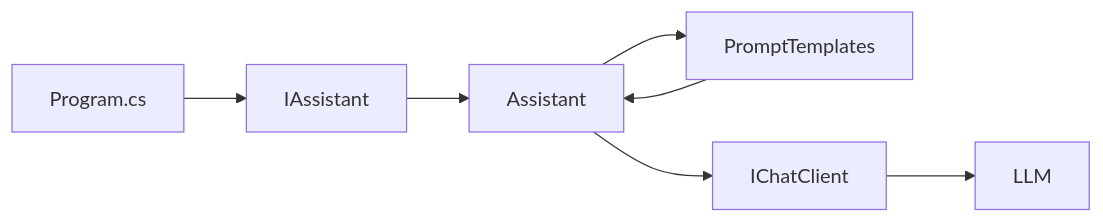
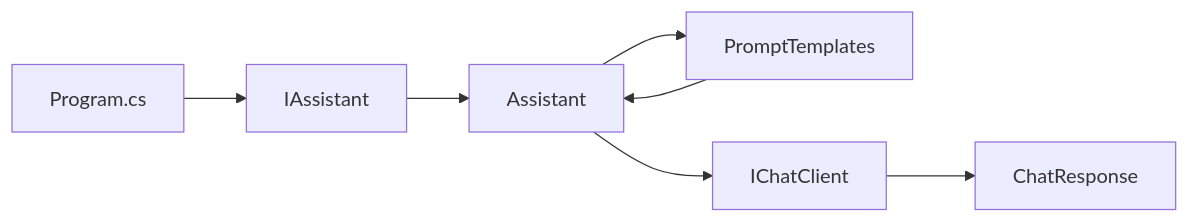
Before and after one commit to danielcalvindeveloper/dac-learning-ai-dotnet: the diagram in labs/lab-04-prompt-templates/README.md, drawn with Mermaid. The commit also changed other lines of this file and 6 other files, not shown here.

````diff
--- a/labs/lab-04-prompt-templates/README.md
+++ b/labs/lab-04-prompt-templates/README.md
@@ -297,16 +350,9 @@
 ```mermaid
 flowchart LR
-    P[Program.cs]
-    A[IAssistant]
-    I[Assistant]
-    T[PromptTemplates]
-    C[IChatClient]
-    L[LLM]
-
-    P --> A
-    A --> I
-    I --> T
-    T --> I
-    I --> C
-    C --> L
+    P[Program.cs] --> S[IAssistant]
+    S --> A[Assistant]
+    A --> T[PromptTemplates]
+    T --> A
+    A --> C[IChatClient]
+    C --> R[ChatResponse]
 ```
````
